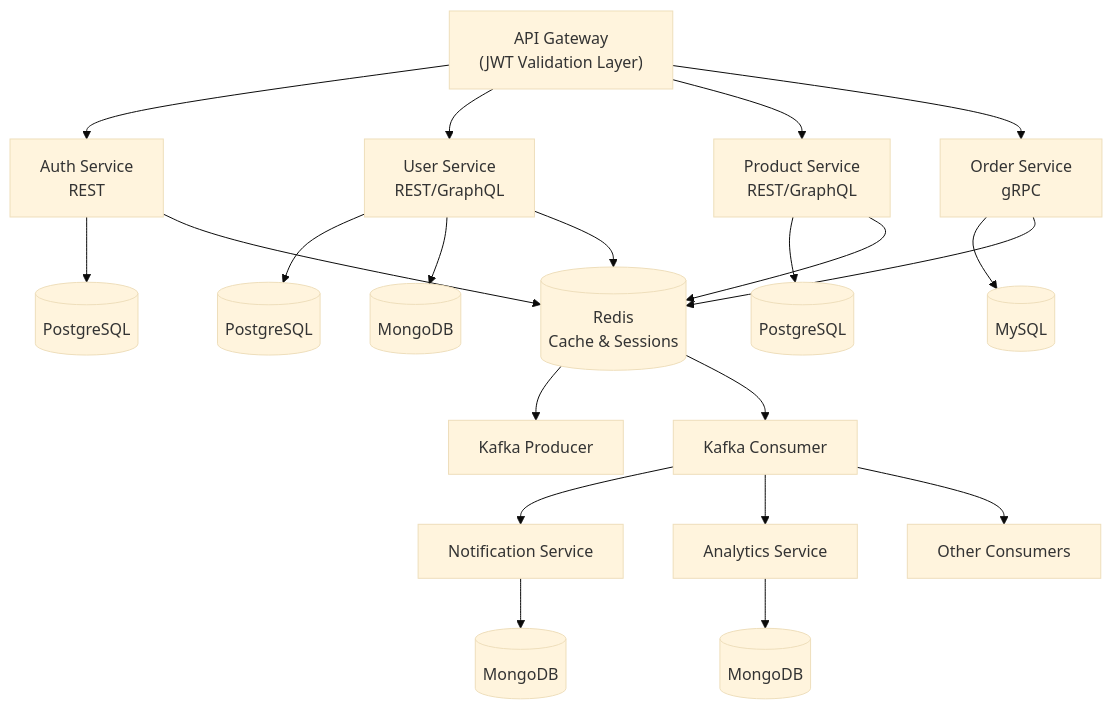
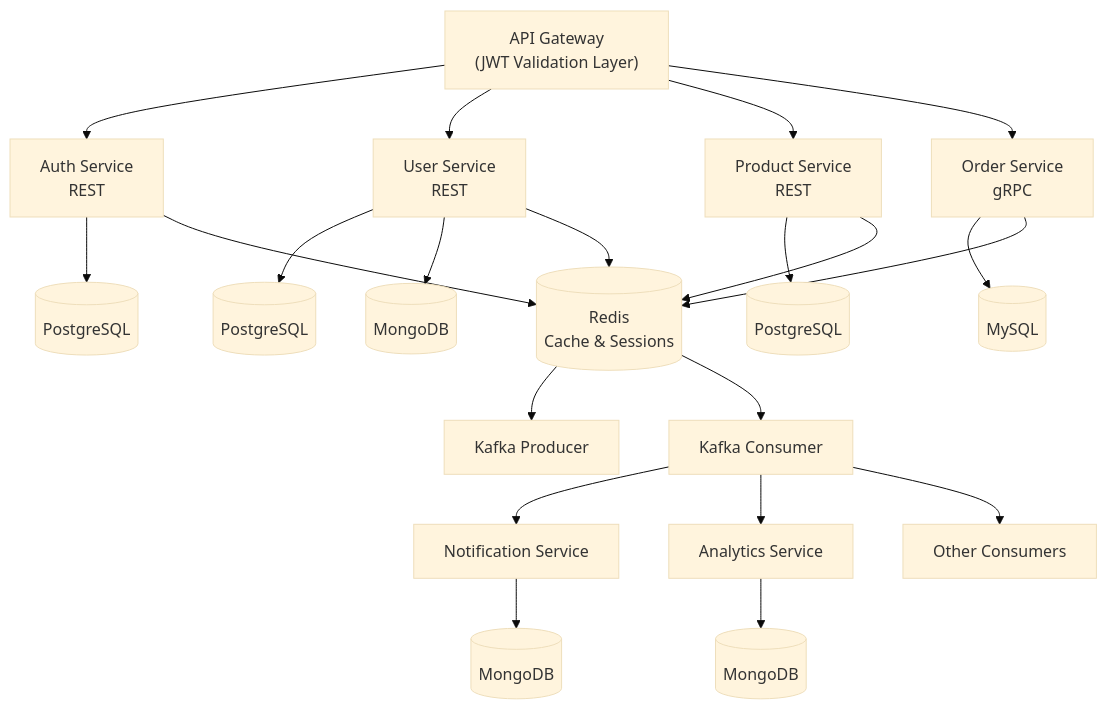
The diagram in README.md (LinggaAskaEdo/go-kill), drawn with Mermaid (base theme) before and after one commit. The commit also changed other lines of this file and 1 other file, not shown here.

Commit message:
docs: merge AGENTS.md into README and remove GraphQL

````diff
--- a/README.md
+++ b/README.md
@@ -39,52 +39,52 @@
 ```mermaid
 graph TD
     Gateway["API Gateway<br/>(JWT Validation Layer)"]
     Auth["Auth Service<br/>REST"]
-    User["User Service<br/>REST/GraphQL"]
-    Product["Product Service<br/>REST/GraphQL"]
+    User["User Service<br/>REST"]
+    Product["Product Service<br/>REST"]
     Order["Order Service<br/>gRPC"]
 
     Gateway --> Auth
     Gateway --> User
     Gateway --> Product
     Gateway --> Order
 
     AuthDB[(PostgreSQL)]
     UserDB1[(PostgreSQL)]
     UserDB2[(MongoDB)]
     ProductDB[(PostgreSQL)]
     OrderDB[(MySQL)]
 
     Auth --> AuthDB
     User --> UserDB1
     User --> UserDB2
     Product --> ProductDB
     Order --> OrderDB
 
     Redis[(Redis<br/>Cache & Sessions)]
 
     Auth --> Redis
     User --> Redis
     Product --> Redis
     Order --> Redis
 
     KafkaProducer[Kafka Producer]
     KafkaConsumer[Kafka Consumer]
 
     Redis --> KafkaProducer
     Redis --> KafkaConsumer
 
     Notification[Notification Service]
     Analytics[Analytics Service]
     Other[Other Consumers]
 
     KafkaConsumer --> Notification
     KafkaConsumer --> Analytics
     KafkaConsumer --> Other
 
     NotificationDB[(MongoDB)]
     AnalyticsDB[(MongoDB)]
 
     Notification --> NotificationDB
     Analytics --> AnalyticsDB
 ```
````
